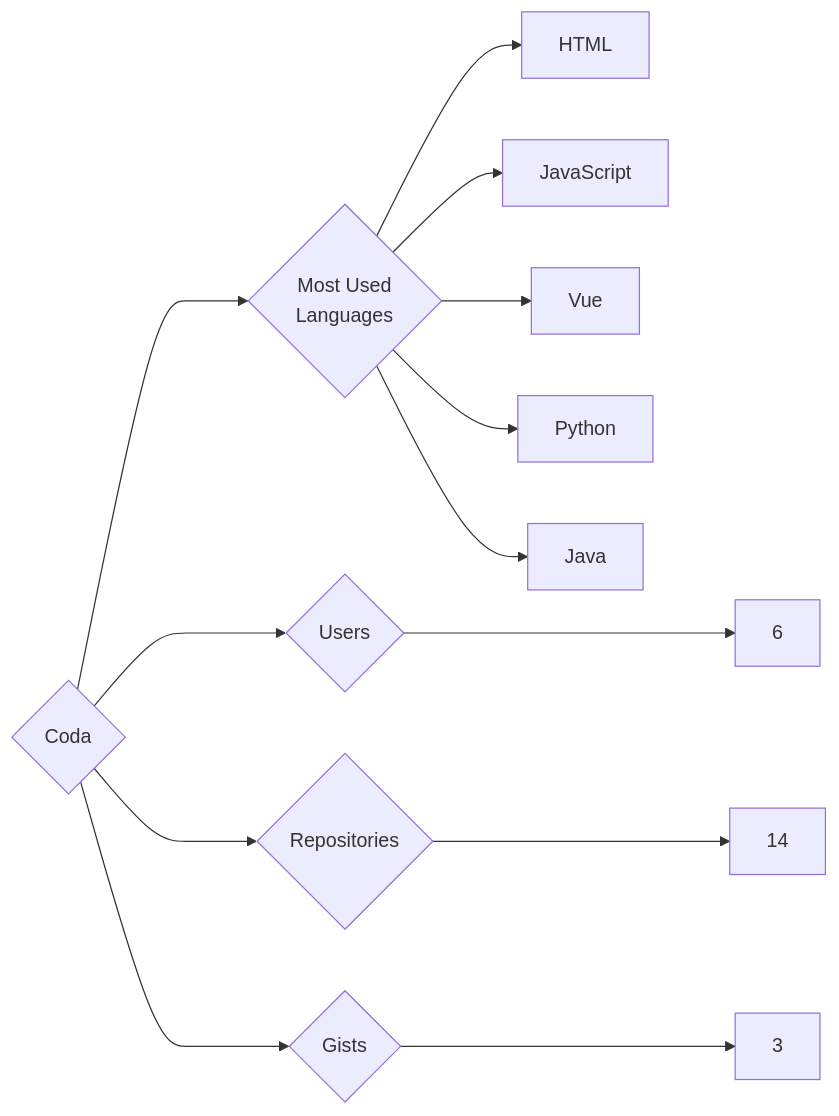
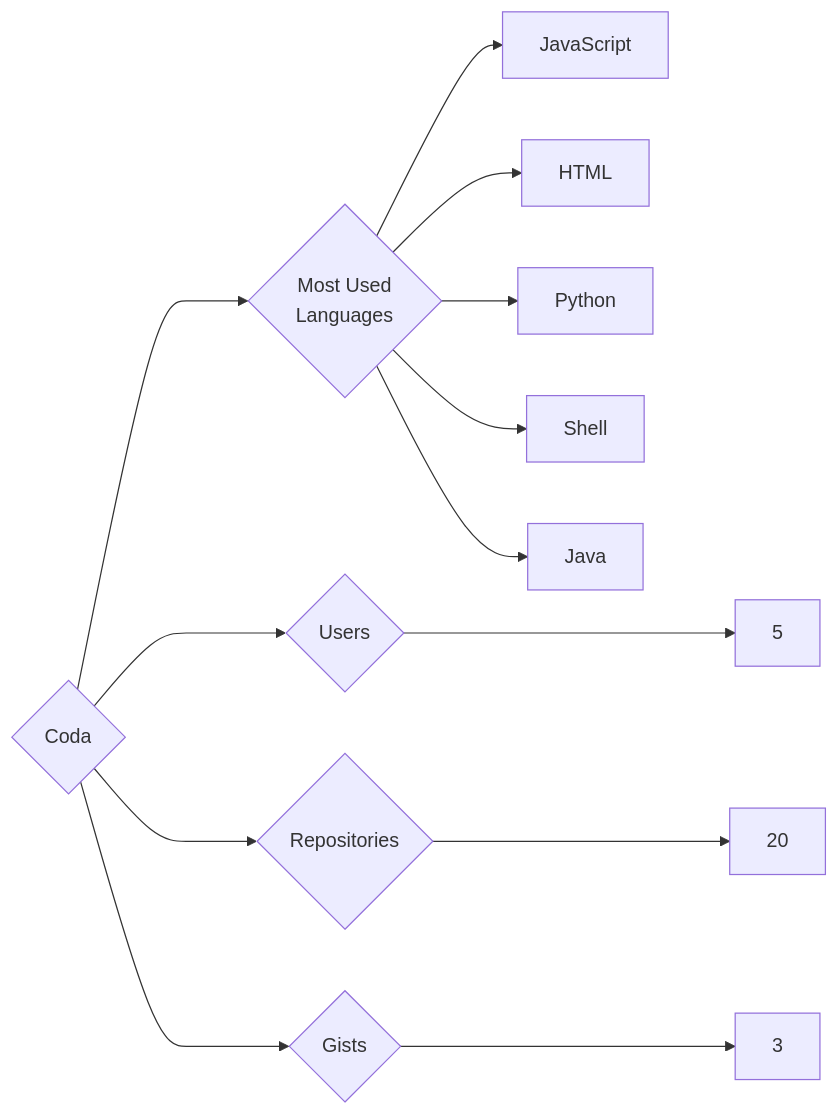
One commit to trickest/insiders changed the diagram in targets/Coda/README.md. Above: the diagram before and after it, drawn with Mermaid. The commit also changed 1023 other files, not shown here.

````diff
--- a/targets/Coda/README.md
+++ b/targets/Coda/README.md
@@ -3,13 +3,13 @@
 ```mermaid
 graph LR
 COMPANY_NAME{Coda}
-COMPANY_NAME ---> U{Users} ---> UN[6]
-COMPANY_NAME ---> R{Repositories} ---> RN[14]
+COMPANY_NAME ---> U{Users} ---> UN[5]
+COMPANY_NAME ---> R{Repositories} ---> RN[20]
 COMPANY_NAME ---> G{Gists} ---> GN[3]
 COMPANY_NAME ---> ML{Most Used<br>Languages}
+ML --> JavaScript[JavaScript]
 ML --> HTML[HTML]
-ML --> JavaScript[JavaScript]
-ML --> Vue[Vue]
 ML --> Python[Python]
+ML --> Shell[Shell]
 ML --> Java[Java]
 ```
````
